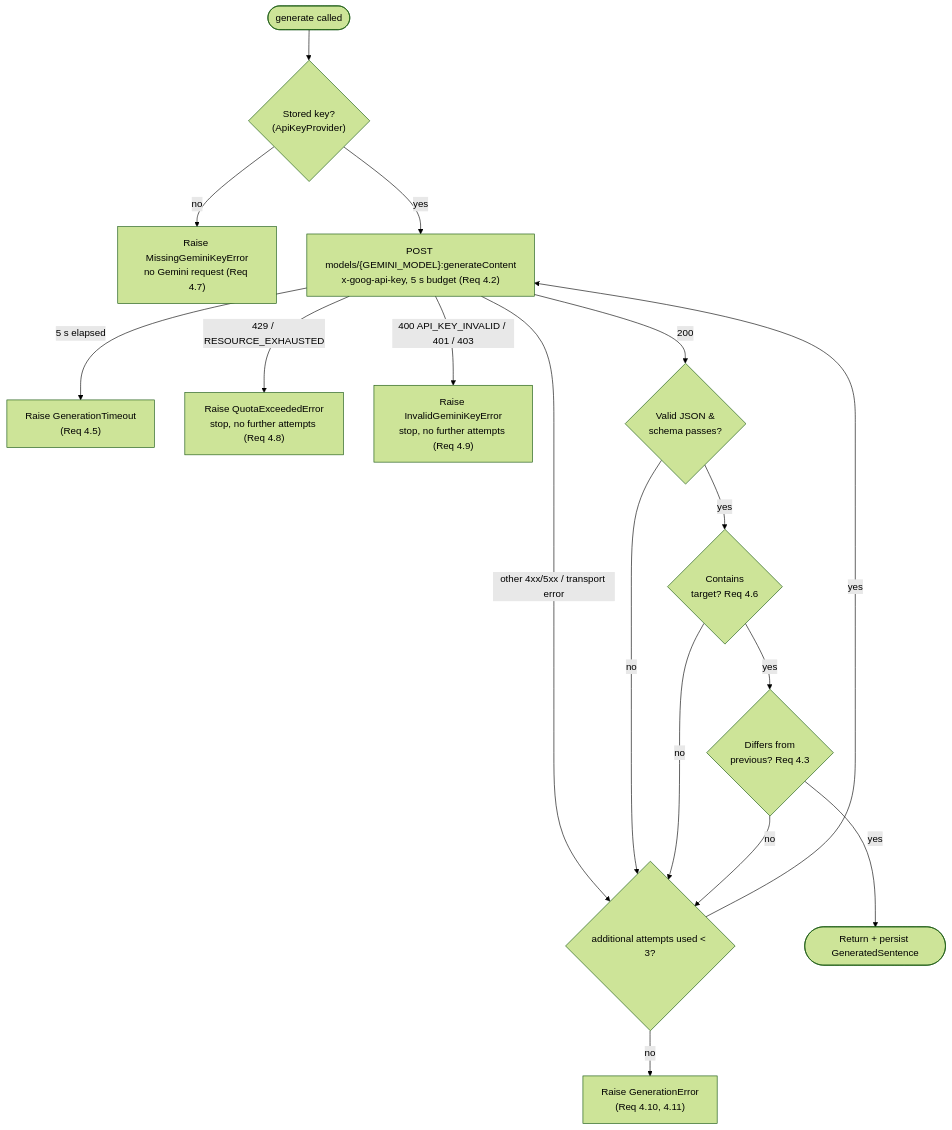
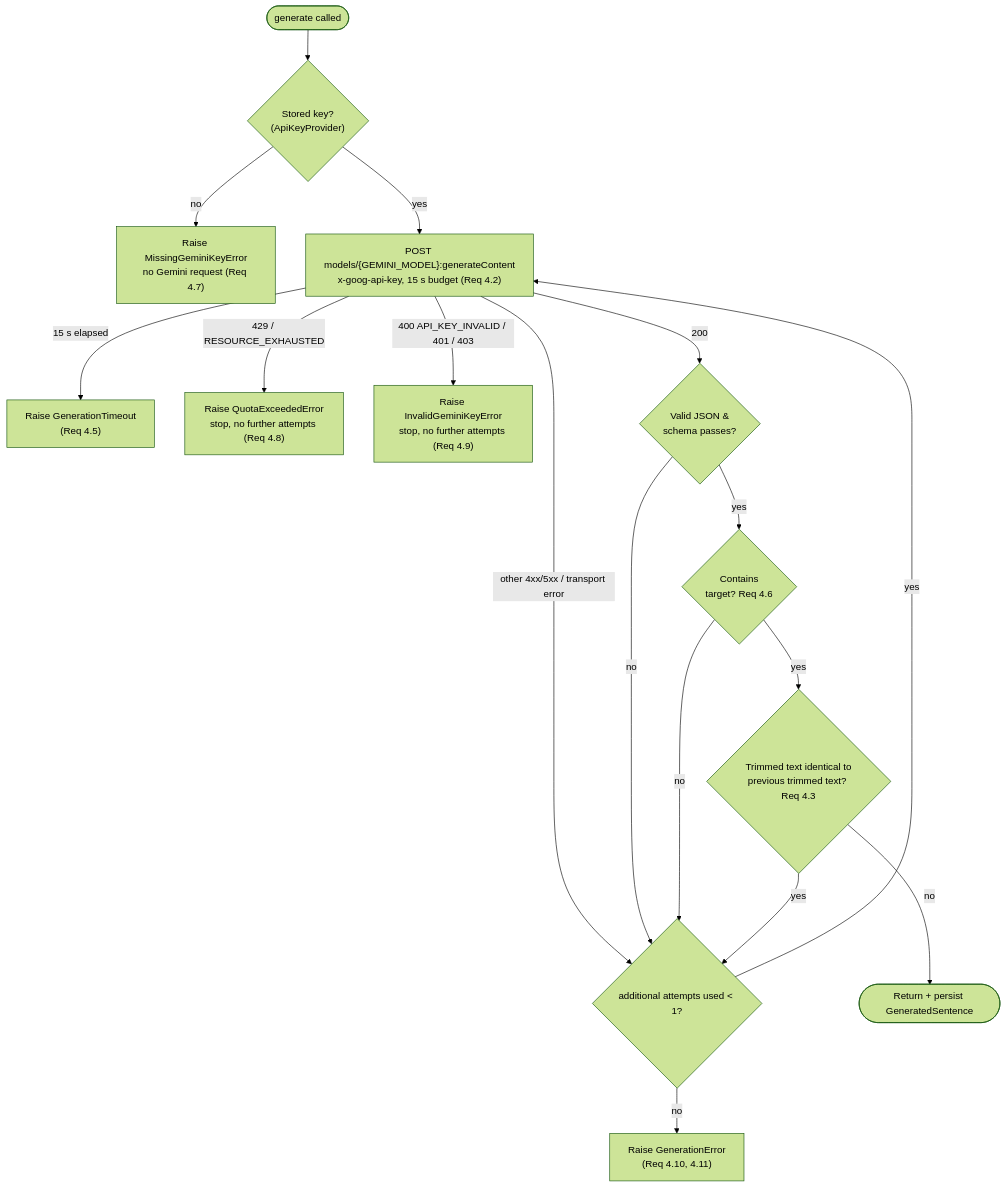
One commit to gxjudie/word_memorizing_program changed the sixth of 6 diagrams in .kiro/specs/japanese-vocab-trainer/design.md. Above: the diagram before and after it, drawn with Mermaid (forest theme). The commit also changed other lines of this file and 33 other files, not shown here.

Commit message:
Add study limits and improve sentence generation

````diff
--- a/.kiro/specs/japanese-vocab-trainer/design.md
+++ b/.kiro/specs/japanese-vocab-trainer/design.md
@@ -1285,19 +1528,19 @@
 ```mermaid
 flowchart TD
     Start([generate called]) --> Key{"Stored key?<br/>(ApiKeyProvider)"}
     Key -->|no| Missing["Raise MissingGeminiKeyError<br/>no Gemini request (Req 4.7)"]
-    Key -->|yes| Call["POST models/{GEMINI_MODEL}:generateContent<br/>x-goog-api-key, 5 s budget (Req 4.2)"]
-    Call -->|"5 s elapsed"| Timeout["Raise GenerationTimeout<br/>(Req 4.5)"]
+    Key -->|yes| Call["POST models/{GEMINI_MODEL}:generateContent<br/>x-goog-api-key, 15 s budget (Req 4.2)"]
+    Call -->|"15 s elapsed"| Timeout["Raise GenerationTimeout<br/>(Req 4.5)"]
     Call -->|"429 / RESOURCE_EXHAUSTED"| Quota["Raise QuotaExceededError<br/>stop, no further attempts (Req 4.8)"]
     Call -->|"400 API_KEY_INVALID / 401 / 403"| Invalid["Raise InvalidGeminiKeyError<br/>stop, no further attempts (Req 4.9)"]
     Call -->|"other 4xx/5xx / transport error"| Retry
     Call -->|200| Parse{"Valid JSON &<br/>schema passes?"}
     Parse -->|no| Retry
     Parse -->|yes| HasTarget{"Contains<br/>target? Req 4.6"}
     HasTarget -->|no| Retry
-    HasTarget -->|yes| Differs{"Differs from<br/>previous? Req 4.3"}
-    Differs -->|no| Retry
-    Differs -->|yes| OK([Return + persist GeneratedSentence])
-    Retry{"additional attempts used < 3?"} -->|yes| Call
+    HasTarget -->|yes| Same{"Trimmed text identical to<br/>previous trimmed text? Req 4.3"}
+    Same -->|yes| Retry
+    Same -->|no| OK([Return + persist GeneratedSentence])
+    Retry{"additional attempts used < 1?"} -->|yes| Call
     Retry -->|no| Fail["Raise GenerationError<br/>(Req 4.10, 4.11)"]
 ```
````
